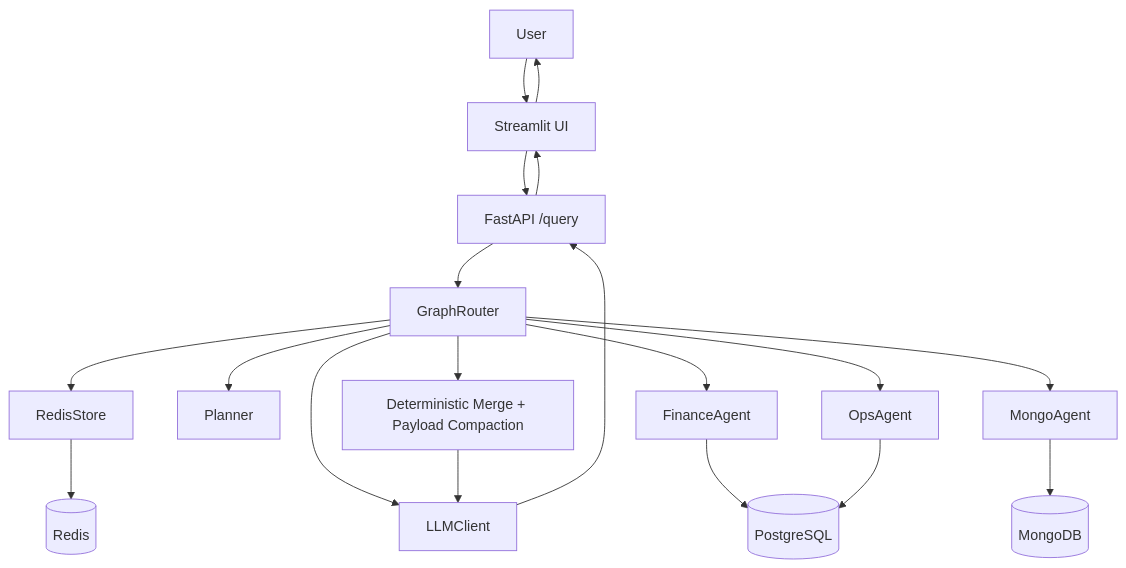
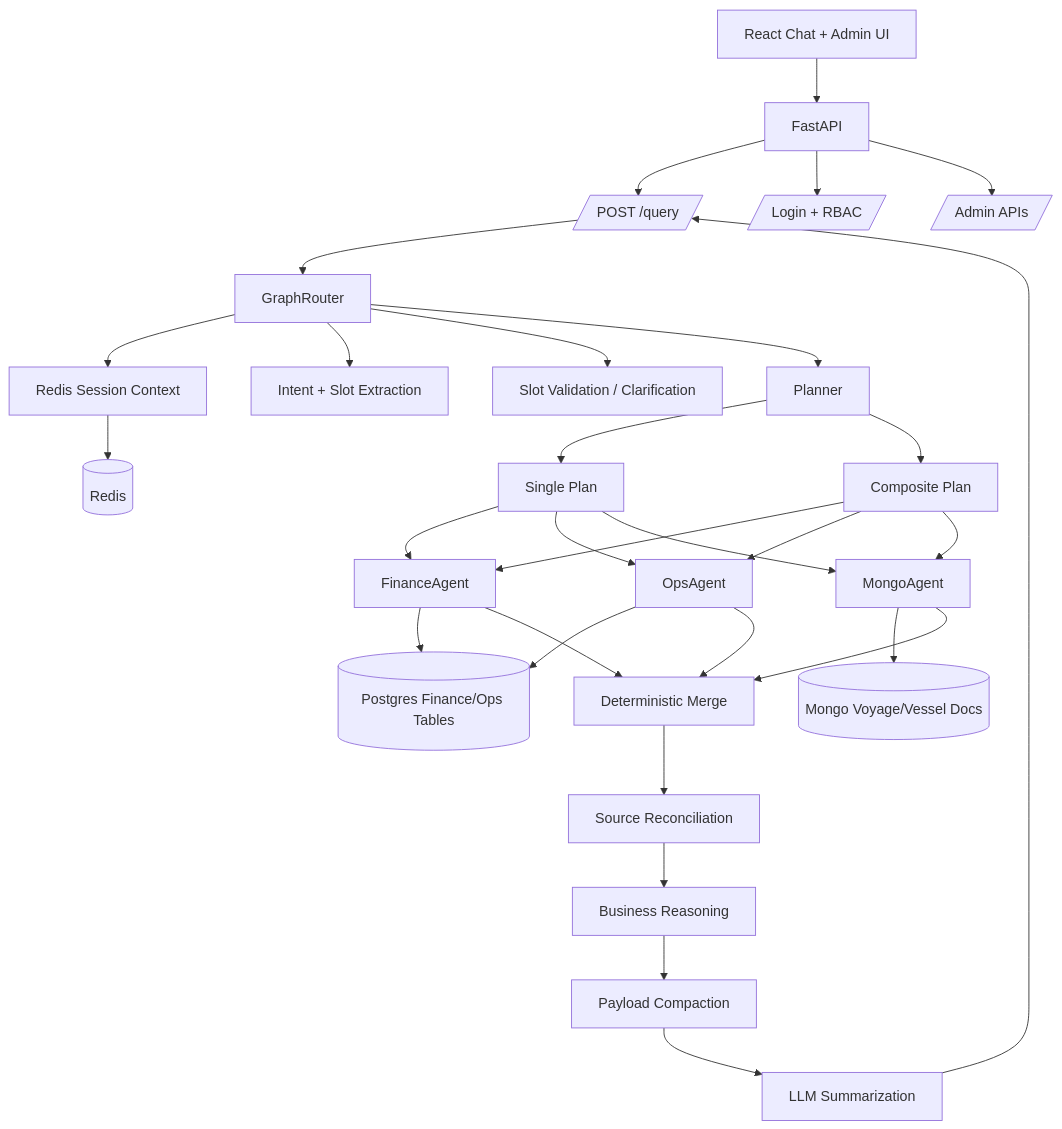
Before and after one commit to VaddeVignesh/kai-agent-amogh-fastapi: the second of 3 diagrams in docs/HIGH_LEVEL_ARCHITECTURE.md, drawn with Mermaid. The commit also changed other lines of this file and 62 other files, not shown here.

First line of the commit message:
Add business reasoning, source reconciliation, and config-driven guardrails.

````diff
--- a/docs/HIGH_LEVEL_ARCHITECTURE.md
+++ b/docs/HIGH_LEVEL_ARCHITECTURE.md
@@ -58,25 +81,39 @@
 ```mermaid
 flowchart TD
-    U[User] --> UI[Streamlit UI]
-    UI --> API[FastAPI /query]
+    UI[React Chat + Admin UI] --> API[FastAPI]
+    API --> QR[/POST /query/]
+    API --> Login[/Login + RBAC/]
+    API --> Admin[/Admin APIs/]
 
-    API --> GR[GraphRouter]
+    QR --> GR[GraphRouter]
+    GR --> Session[Redis Session Context]
+    GR --> Intent[Intent + Slot Extraction]
+    GR --> Validate[Slot Validation / Clarification]
+    GR --> Plan[Planner]
 
-    GR --> RS[RedisStore]
-    GR --> PL[Planner]
-    GR --> LLM[LLMClient]
-    GR --> FA[FinanceAgent]
-    GR --> OA[OpsAgent]
-    GR --> MA[MongoAgent]
+    Plan --> Single[Single Plan]
+    Plan --> Composite[Composite Plan]
 
-    FA --> PG[(PostgreSQL)]
-    OA --> PG
-    MA --> MG[(MongoDB)]
-    RS --> RD[(Redis)]
+    Single --> Finance[FinanceAgent]
+    Single --> Ops[OpsAgent]
+    Single --> Mongo[MongoAgent]
 
-    GR --> MERGE[Deterministic Merge + Payload Compaction]
-    MERGE --> LLM
-    LLM --> API
-    API --> UI
-    UI --> U
+    Composite --> Finance
+    Composite --> Ops
+    Composite --> Mongo
+
+    Finance --> PG[(Postgres Finance/Ops Tables)]
+    Ops --> PG
+    Mongo --> MG[(Mongo Voyage/Vessel Docs)]
+    Session --> RD[(Redis)]
+
+    Finance --> Merge[Deterministic Merge]
+    Ops --> Merge
+    Mongo --> Merge
+
+    Merge --> Recon[Source Reconciliation]
+    Recon --> Reason[Business Reasoning]
+    Reason --> Compact[Payload Compaction]
+    Compact --> LLM[LLM Summarization]
+    LLM --> QR
 ```
````
